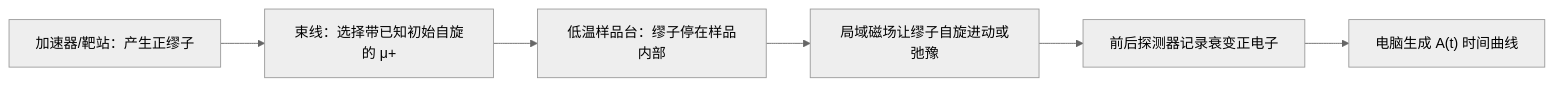
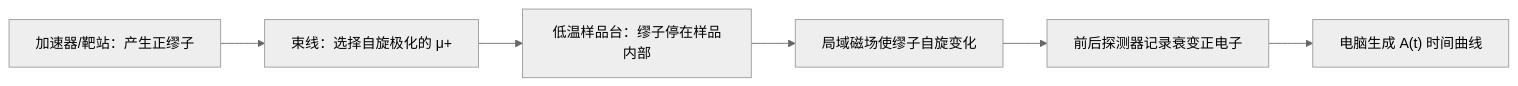
One commit to 7235212746-jpg/READING changed the diagram in methods/musr-zero-start.md. Above: the diagram before and after it, drawn with Mermaid (neutral theme). The commit also changed other lines of this file, not shown here.

````diff
--- a/methods/musr-zero-start.md
+++ b/methods/musr-zero-start.md
@@ -21,8 +21,8 @@
 ```mermaid
 flowchart LR
-  A["加速器/靶站：产生正缪子"] --> B["束线：选择带已知初始自旋的 μ+"]
+  A["加速器/靶站：产生正缪子"] --> B["束线：选择自旋极化的 μ+"]
   B --> C["低温样品台：缪子停在样品内部"]
-  C --> D["局域磁场让缪子自旋进动或弛豫"]
+  C --> D["局域磁场使缪子自旋变化"]
   D --> E["前后探测器记录衰变正电子"]
   E --> F["电脑生成 A(t) 时间曲线"]
 ```
````
